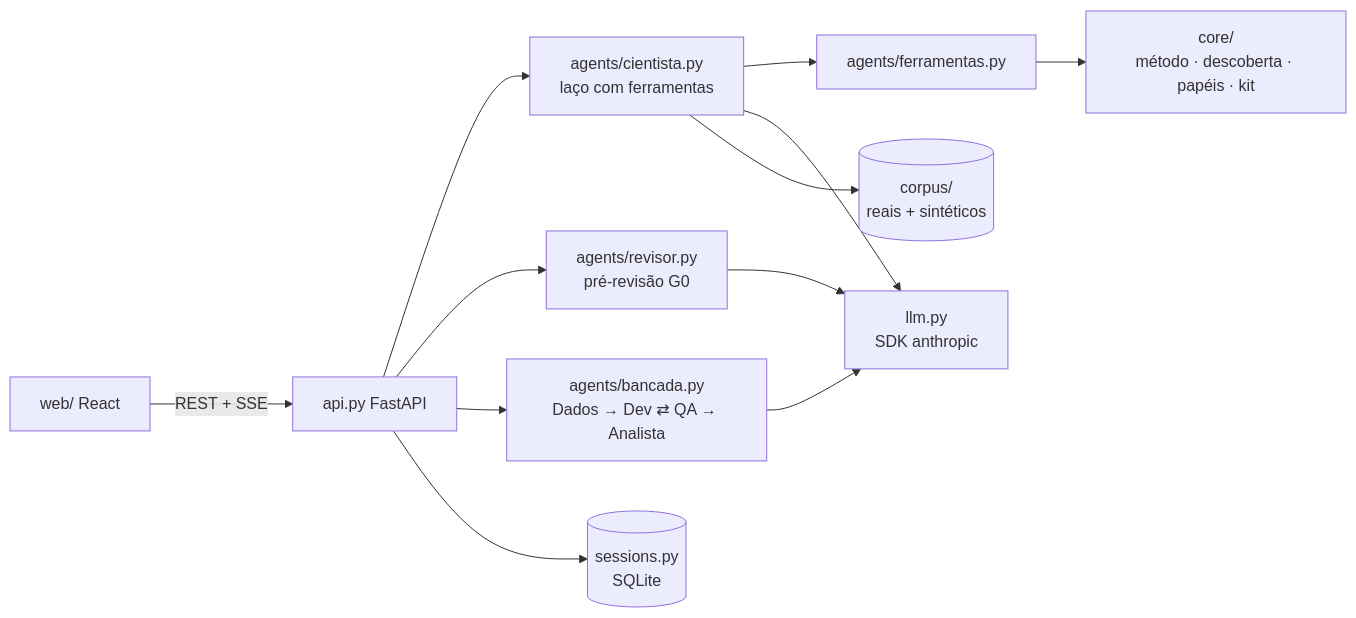
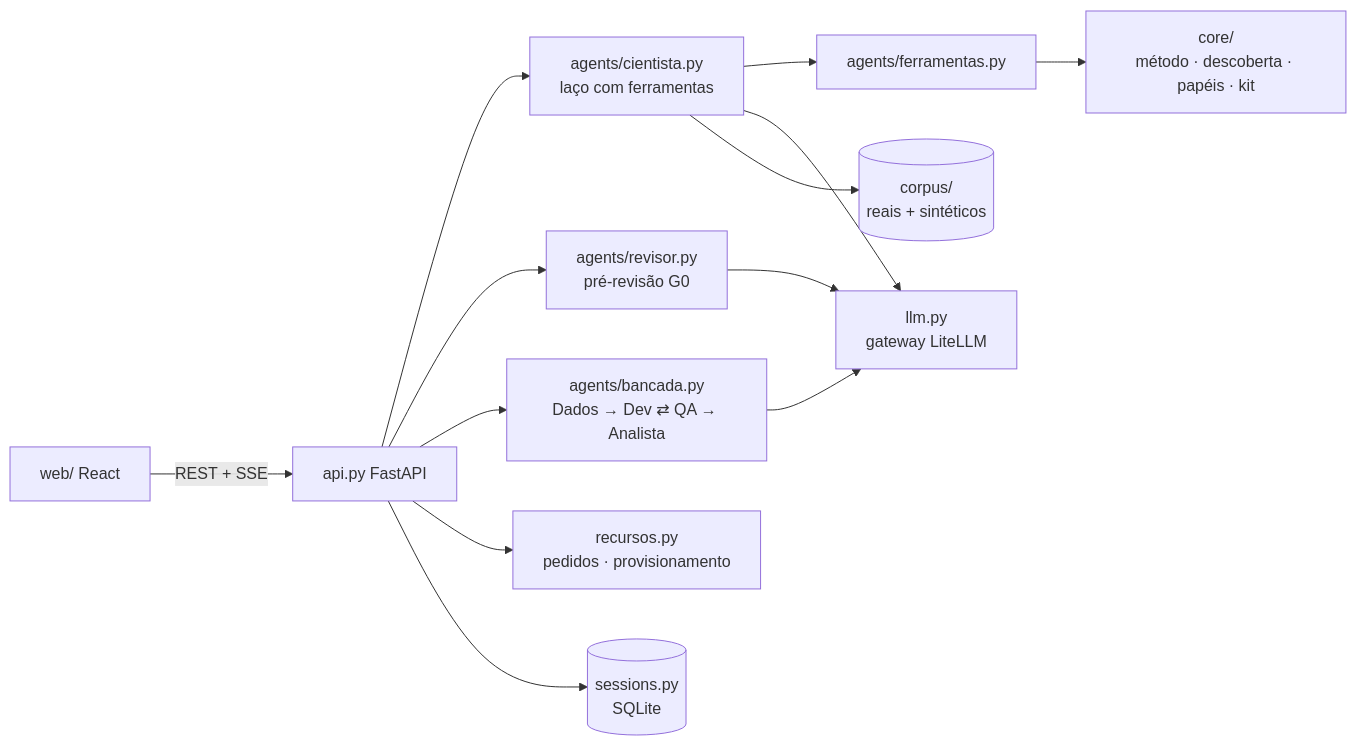
Before and after one commit to danielFrancafatecspLabs/cientista-lab: the diagram in README.md, drawn with Mermaid. The commit also changed other lines of this file and 43 other files, not shown here.

First line of the commit message:
Caixa de ferramentas do desenvolvedor e correções pós-LiteLLM

````diff
--- a/README.md
+++ b/README.md
@@ -62,12 +78,13 @@
 ```mermaid
 flowchart LR
   W[web/ React] -- REST + SSE --> A[api.py FastAPI]
   A --> C[agents/cientista.py<br>laço com ferramentas]
   A --> R[agents/revisor.py<br>pré-revisão G0]
   A --> B[agents/bancada.py<br>Dados → Dev ⇄ QA → Analista]
   C --> F[agents/ferramentas.py]
   F --> D[core/<br>método · descoberta · papéis · kit]
-  C & R & B --> L[llm.py<br>SDK anthropic]
+  C & R & B --> L[llm.py<br>gateway LiteLLM]
+  A --> T[recursos.py<br>pedidos · provisionamento]
   C --> K[(corpus/<br>reais + sintéticos)]
   A --> S[(sessions.py<br>SQLite)]
 ```
````
